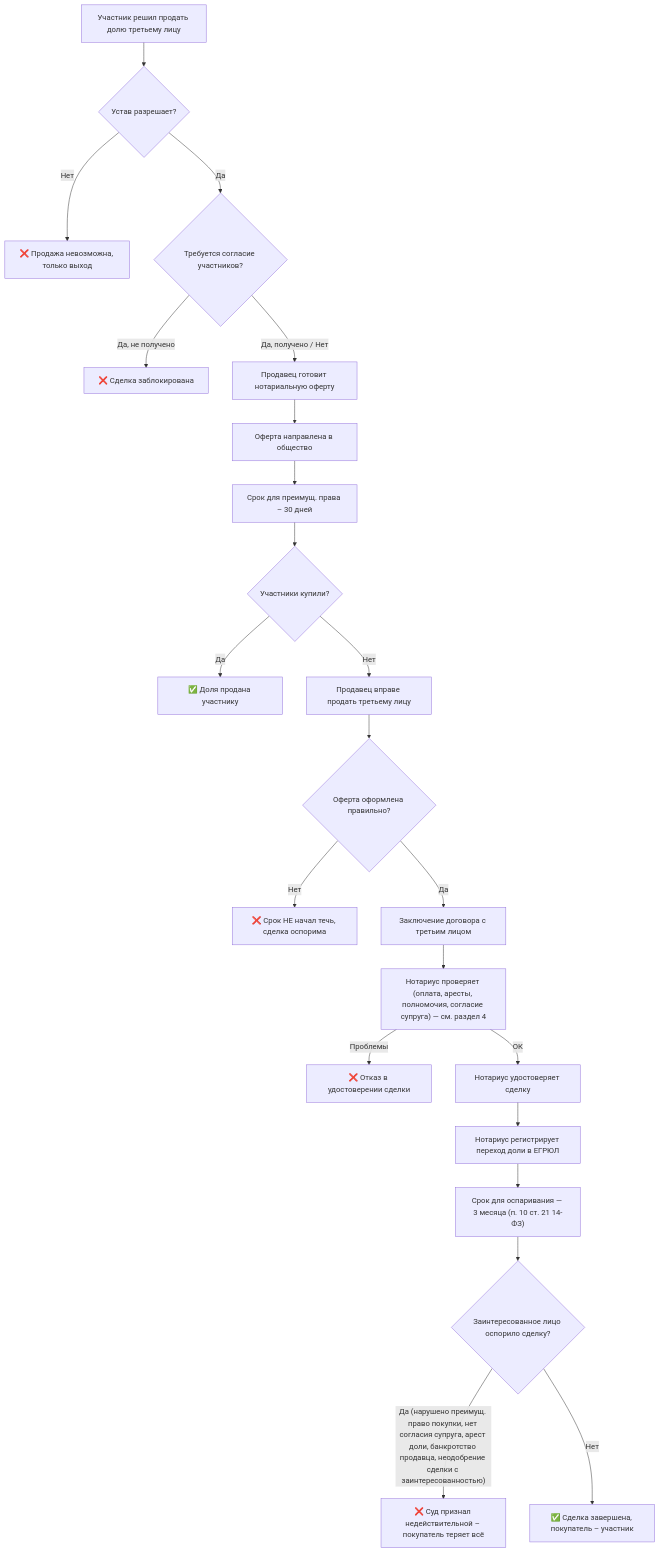
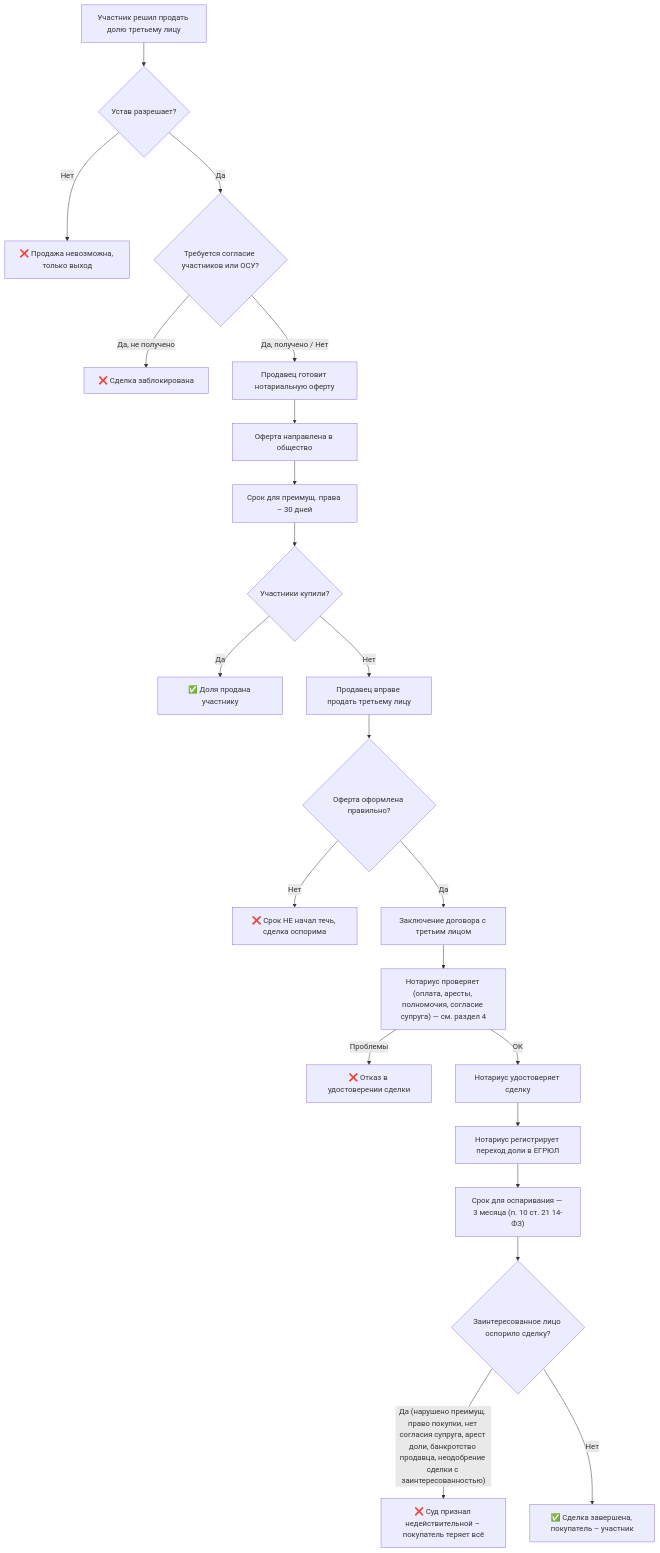
One commit to arsenyuk/SamorodinkaTech.Fiducia changed the third of 5 diagrams in docs/business-processes/llc-share-purchase-sale.md. Above: the diagram before and after it, drawn with Mermaid. The commit also changed other lines of this file and 13 other files, not shown here.

````diff
--- a/docs/business-processes/llc-share-purchase-sale.md
+++ b/docs/business-processes/llc-share-purchase-sale.md
@@ -206,24 +209,24 @@
 ```mermaid
 flowchart TD
     A["Участник решил продать долю третьему лицу"] --> B{Устав разрешает?}
     B -->|Нет| C["❌ Продажа невозможна, только выход"]
-    B -->|Да| D{Требуется согласие участников?}
+    B -->|Да| D{Требуется согласие участников или ОСУ?}
     D -->|"Да, не получено"| E["❌ Сделка заблокирована"]
     D -->|"Да, получено / Нет"| F["Продавец готовит нотариальную оферту"]
     F --> G["Оферта направлена в общество"]
     G --> H["Срок для преимущ. права – 30 дней"]
     H --> I{Участники купили?}
     I -->|Да| J["✅ Доля продана участнику"]
     I -->|Нет| K["Продавец вправе продать третьему лицу"]
     K --> L{Оферта оформлена правильно?}
     L -->|Нет| M["❌ Срок НЕ начал течь, сделка оспорима"]
     L -->|Да| N["Заключение договора с третьим лицом"]
     N --> Q["Нотариус проверяет (оплата, аресты, полномочия, согласие супруга) — см. раздел 4"]
     Q -->|Проблемы| R["❌ Отказ в удостоверении сделки"]
     Q -->|ОК| S["Нотариус удостоверяет сделку"]
     S --> T["Нотариус регистрирует переход доли в ЕГРЮЛ"]
     T --> U["Срок для оспаривания — 3 месяца (п. 10 ст. 21 14-ФЗ)"]
     U --> V{Заинтересованное лицо оспорило сделку?}
     V -->|"Да (нарушено преимущ. право покупки, нет согласия супруга, арест доли, банкротство продавца, неодобрение сделки с заинтересованностью)"| W["❌ Суд признал недействительной – покупатель теряет всё"]
     V -->|Нет| X["✅ Сделка завершена, покупатель – участник"]
 ```
````
